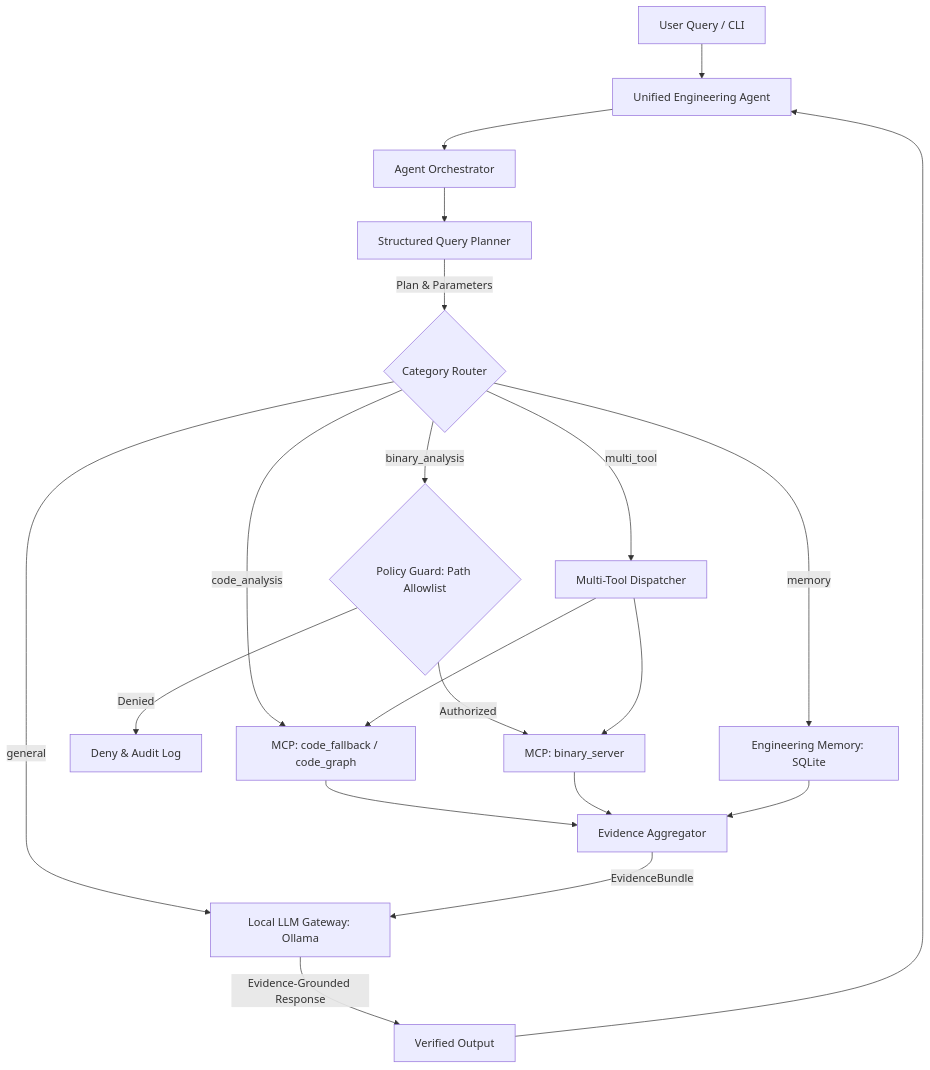
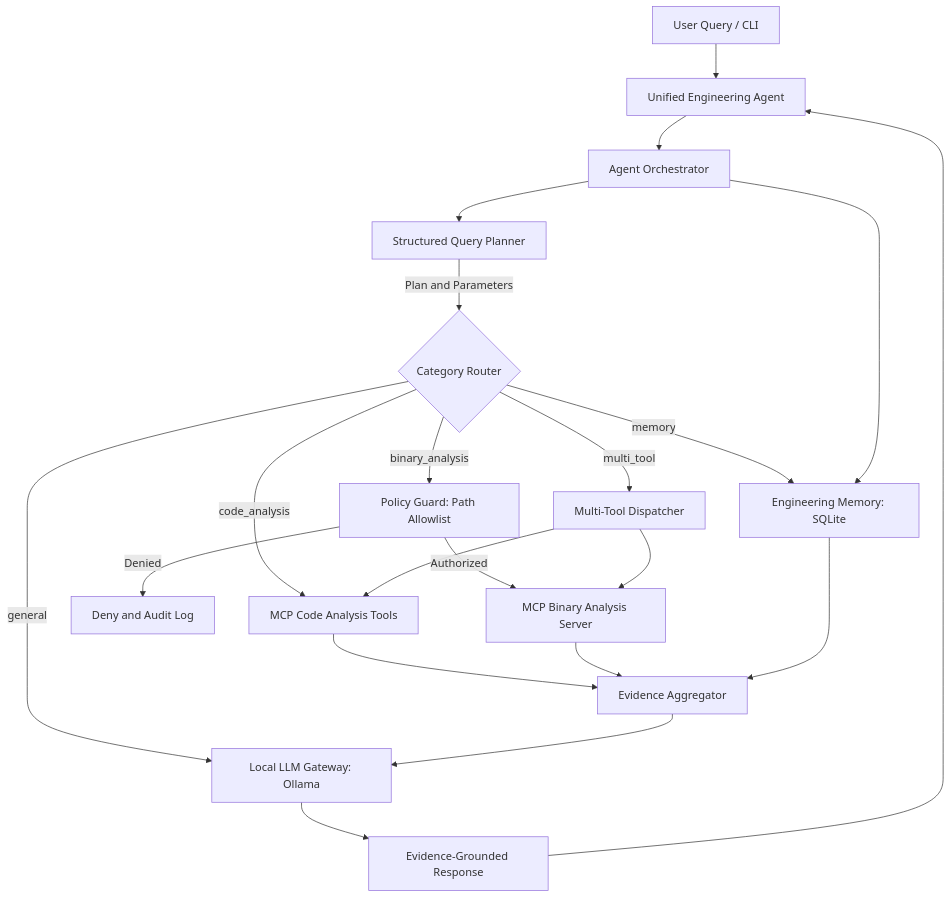
One commit to VidhiSidana/Autonomous-Agentic-for-github-delivery-and-strategic-assessment changed the diagram in README.md. Above: the diagram before and after it, drawn with Mermaid. The commit also changed other lines of this file, not shown here.

````diff
--- a/README.md
+++ b/README.md
@@ -20,26 +23,29 @@
 ```mermaid
 flowchart TD
     U[User Query / CLI] --> A[Unified Engineering Agent]
     A --> ORCH[Agent Orchestrator]
     ORCH --> P[Structured Query Planner]
-    
-    P -->|Plan & Parameters| ROUTE{Category Router}
-    
-    ROUTE -->|code_analysis| MCP_C[MCP: code_fallback / code_graph]
-    ROUTE -->|binary_analysis| POL{Policy Guard: Path Allowlist}
-    POL -->|Denied| REJ[Deny & Audit Log]
-    POL -->|Authorized| MCP_B[MCP: binary_server]
+
+    P -->|Plan and Parameters| ROUTE{Category Router}
+
+    ROUTE -->|code_analysis| MCP_C[MCP Code Analysis Tools]
+    ROUTE -->|binary_analysis| POL[Policy Guard: Path Allowlist]
+    POL -->|Denied| REJ[Deny and Audit Log]
+    POL -->|Authorized| MCP_B[MCP Binary Analysis Server]
     ROUTE -->|memory| MEM[Engineering Memory: SQLite]
     ROUTE -->|multi_tool| MULTI[Multi-Tool Dispatcher]
+    ROUTE -->|general| LLM[Local LLM Gateway: Ollama]
+
     MULTI --> MCP_C
     MULTI --> MCP_B
-    ROUTE -->|general| LLM[Local LLM Gateway: Ollama]
-    
+
     MCP_C --> EV[Evidence Aggregator]
     MCP_B --> EV
     MEM --> EV
-    
-    EV -->|EvidenceBundle| LLM
-    LLM -->|Evidence-Grounded Response| RES[Verified Output]
+
+    EV --> LLM
+    LLM --> RES[Evidence-Grounded Response]
     RES --> A
+
+    ORCH --> MEM
 ```
````
